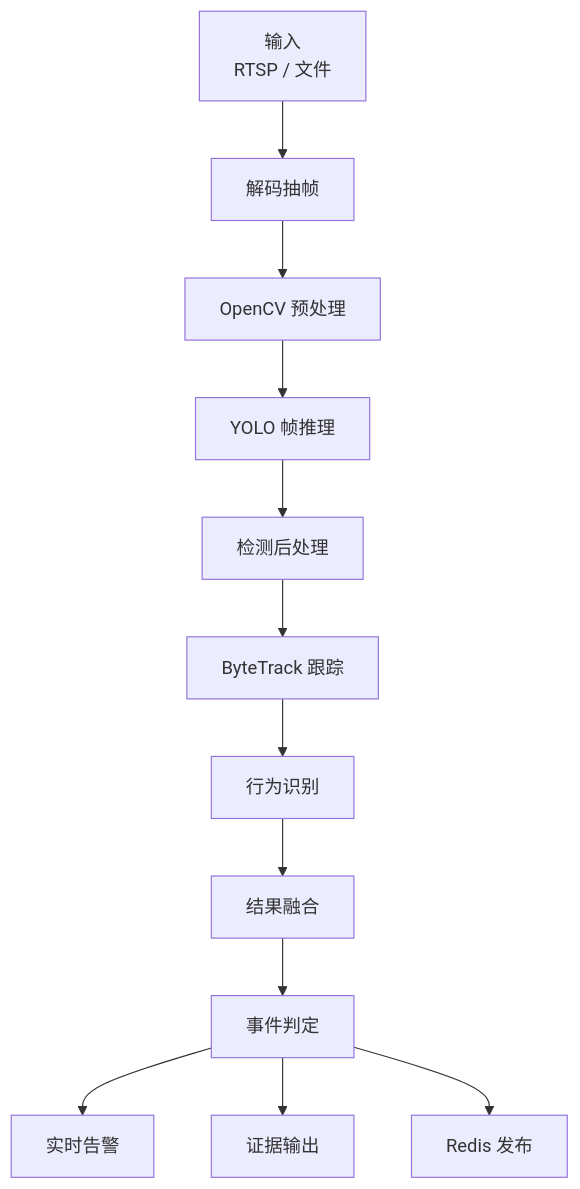
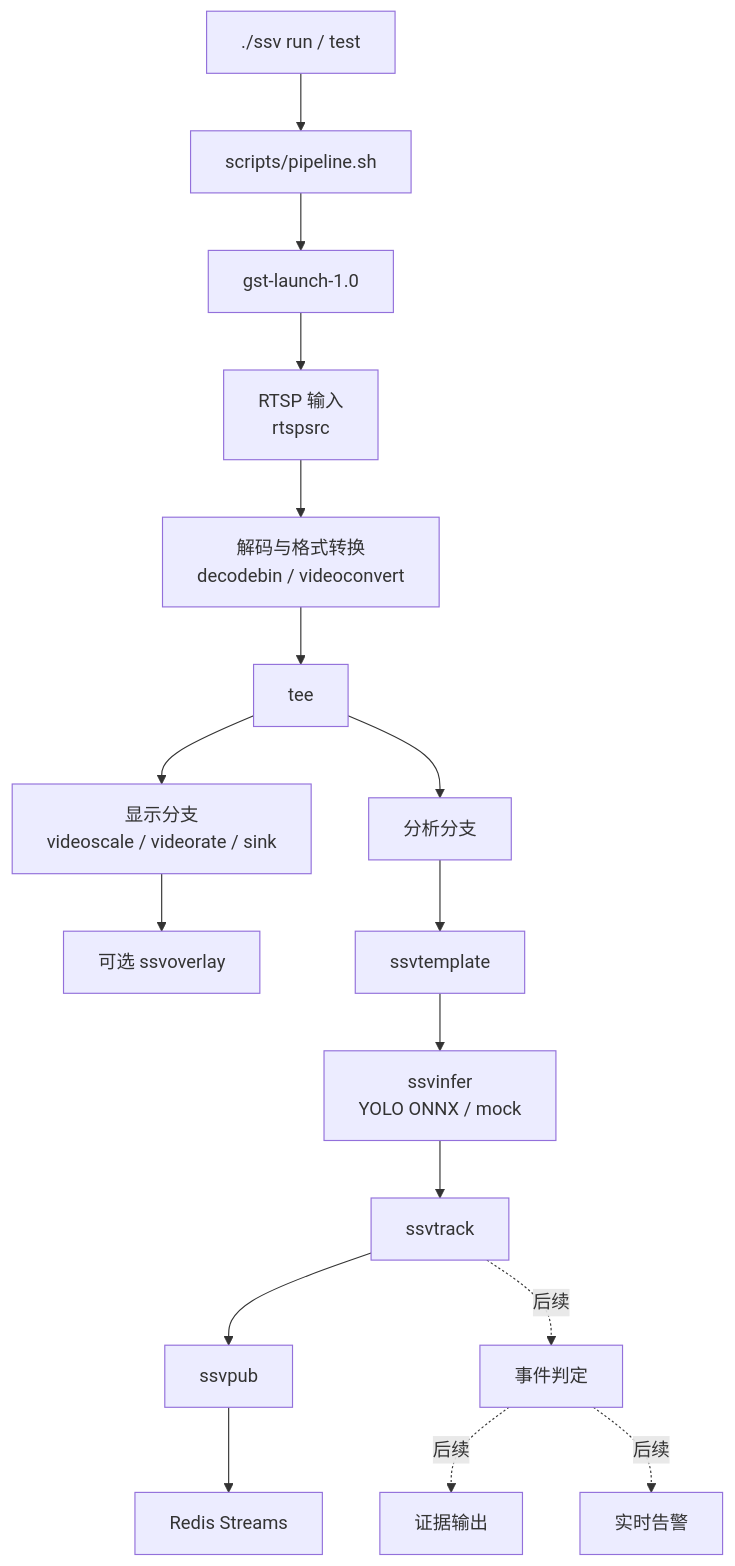
The third of 5 diagrams in docs/specs/2026-05-21-安全帽佩戴视频监测分析系统设计.md (ssv-develop-team/ssv), drawn with Mermaid before and after one commit. The commit also changed other lines of this file and 61 other files, not shown here.

````diff
--- a/docs/specs/2026-05-21-安全帽佩戴视频监测分析系统设计.md
+++ b/docs/specs/2026-05-21-安全帽佩戴视频监测分析系统设计.md
@@ -168,15 +187,20 @@
 ```mermaid
 flowchart TB
-    input["输入<br/>RTSP / 文件"] --> decode["解码抽帧"]
-    decode --> preprocess["OpenCV 预处理"]
-    preprocess --> infer["YOLO 帧推理"]
-    infer --> postprocess["检测后处理"]
-    postprocess --> track["ByteTrack 跟踪"]
-    track --> behavior["行为识别"]
-    behavior --> fusion["结果融合"]
-    fusion --> event["事件判定"]
+    cli["./ssv run / test"] --> shell["scripts/pipeline.sh"]
+    shell --> gstlaunch["gst-launch-1.0"]
+    gstlaunch --> input["RTSP 输入<br/>rtspsrc"]
+    input --> decode["解码与格式转换<br/>decodebin / videoconvert"]
+    decode --> tee["tee"]
+    tee --> display["显示分支<br/>videoscale / videorate / sink"]
+    display --> overlay["可选 ssvoverlay"]
+    tee --> analysis["分析分支"]
+    analysis --> template["ssvtemplate"]
+    template --> infer["ssvinfer<br/>YOLO ONNX / mock"]
+    infer --> track["ssvtrack"]
+    track --> pub["ssvpub"]
+    pub --> redis["Redis Streams"]
 
-    event --> alarm["实时告警"]
-    event --> evidence["证据输出"]
-    event --> redis["Redis 发布"]
+    track -. 后续 .-> event["事件判定"]
+    event -. 后续 .-> evidence["证据输出"]
+    event -. 后续 .-> alarm["实时告警"]
 ```
````
